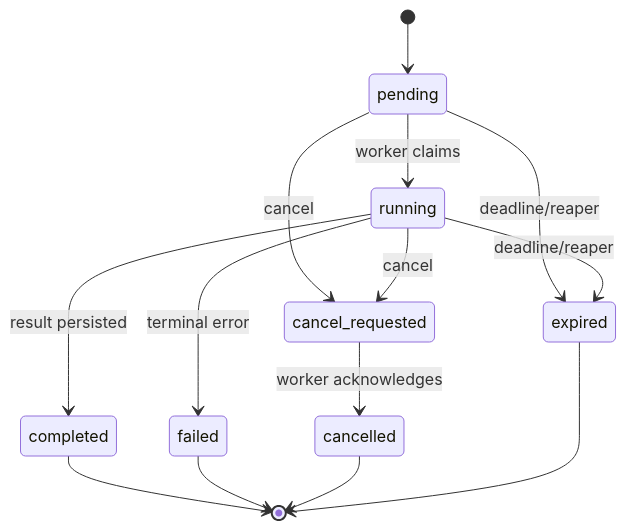
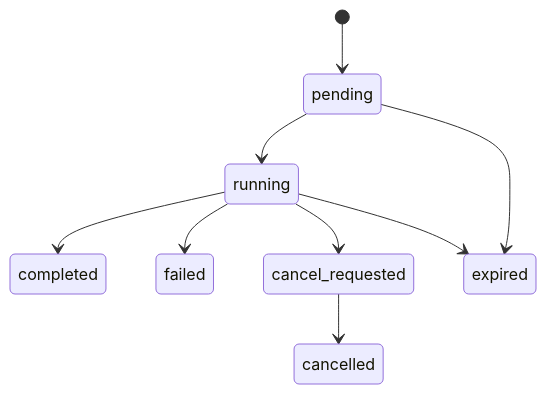
The second of 2 diagrams in docs/agent-practice/02-domain-model.md (upJiang/jiang-blog-vitepress), drawn with Mermaid before and after one commit. The commit also changed other lines of this file and 164 other files, not shown here.

````diff
--- a/docs/agent-practice/02-domain-model.md
+++ b/docs/agent-practice/02-domain-model.md
@@ -35,16 +49,11 @@
 ```mermaid
 stateDiagram-v2
   [*] --> pending
-  pending --> running: worker claims
-  pending --> cancel_requested: cancel
-  running --> cancel_requested: cancel
-  cancel_requested --> cancelled: worker acknowledges
-  pending --> expired: deadline/reaper
-  running --> expired: deadline/reaper
-  running --> completed: result persisted
-  running --> failed: terminal error
-  completed --> [*]
-  failed --> [*]
-  cancelled --> [*]
-  expired --> [*]
+  pending --> running
+  running --> completed
+  running --> failed
+  running --> cancel_requested
+  cancel_requested --> cancelled
+  pending --> expired
+  running --> expired
 ```
````
